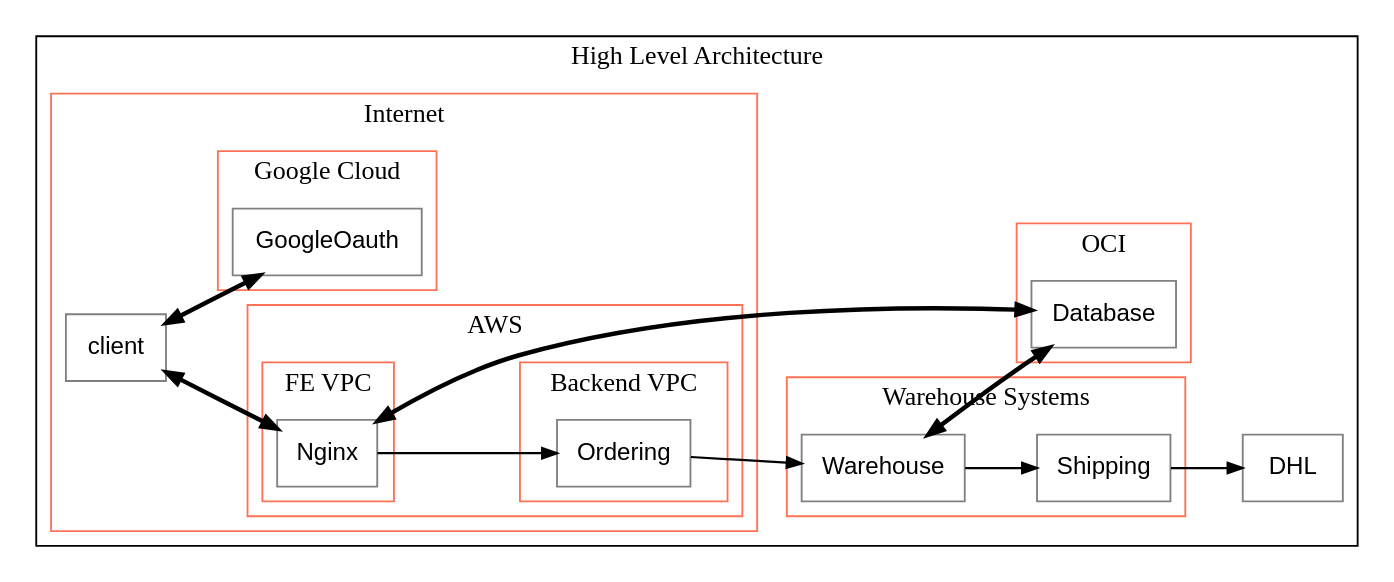
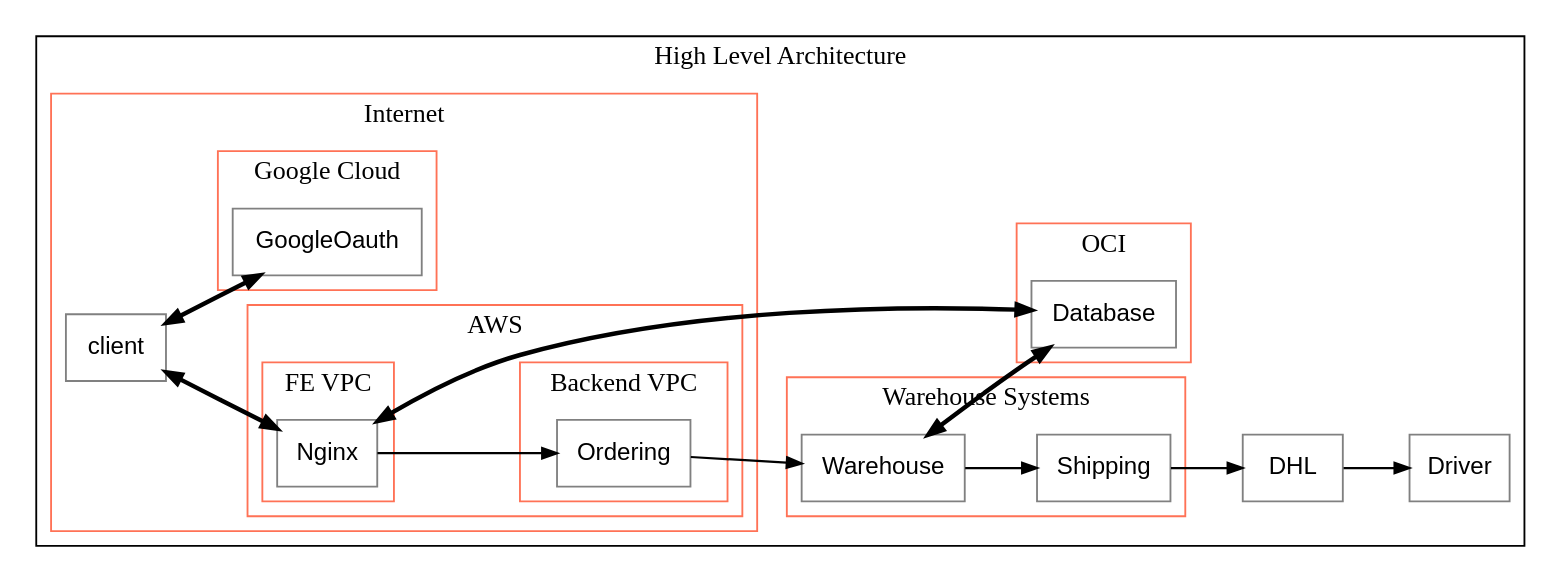
Before and after one commit to hyakuhei/ltm: the diagram in examples/output/High Level Architecture.dot, drawn with Graphviz. The commit also changed 11 other files, not shown here.

```diff
--- a/examples/output/High Level Architecture.dot
+++ b/examples/output/High Level Architecture.dot
@@ -1,60 +1,62 @@
 digraph G {
 compound=true;
 rankdir="LR";
     subgraph cluster1 {
     rankdir="TB";
     label="High Level Architecture";
     color="Black";
         node16 [label="DHL" shape="box", margin="0.1", color="Grey", fontsize="13", fontname="Helvetica"];
+        node17 [label="Driver" shape="box", margin="0.1", color="Grey", fontsize="13", fontname="Helvetica"];
         subgraph cluster2 {
         rankdir="TB";
         label="Internet";
         color="Coral1";
             node6 [label="client" shape="box", margin="0.1", color="Grey", fontsize="13", fontname="Helvetica"];
             subgraph cluster3 {
             rankdir="TB";
             label="AWS";
             color="Coral1";
                 subgraph cluster4 {
                 rankdir="TB";
                 label="FE VPC";
                 color="Coral1";
                     node5 [label="Nginx" shape="box", margin="0.1", color="Grey", fontsize="13", fontname="Helvetica"];
                 }
                 subgraph cluster11 {
                 rankdir="TB";
                 label="Backend VPC";
                 color="Coral1";
                     node12 [label="Ordering" shape="box", margin="0.1", color="Grey", fontsize="13", fontname="Helvetica"];
                 }
             }
             subgraph cluster9 {
             rankdir="TB";
             label="Google Cloud";
             color="Coral1";
                 node10 [label="GoogleOauth" shape="box", margin="0.1", color="Grey", fontsize="13", fontname="Helvetica"];
             }
         }
         subgraph cluster7 {
         rankdir="TB";
         label="OCI";
         color="Coral1";
             node8 [label="Database" shape="box", margin="0.1", color="Grey", fontsize="13", fontname="Helvetica"];
         }
         subgraph cluster13 {
         rankdir="TB";
         label="Warehouse Systems";
         color="Coral1";
             node14 [label="Warehouse" shape="box", margin="0.1", color="Grey", fontsize="13", fontname="Helvetica"];
             node15 [label="Shipping" shape="box", margin="0.1", color="Grey", fontsize="13", fontname="Helvetica"];
         }
     }
 node6->node5 [label="" dir=both, fontsize="10", penwidth="2.4", arrowsize="0.8"];
 node5->node8 [label="" dir=both, fontsize="10", penwidth="2.4", arrowsize="0.8"];
 node6->node10 [label="" dir=both, fontsize="10", penwidth="2.4", arrowsize="0.8"];
 node5->node12 [label="" fontsize="10", penwidth="1.2", arrowsize="0.8"];
 node12->node14 [label="" fontsize="10", penwidth="1.2", arrowsize="0.8"];
 node14->node8 [label="" dir=both, fontsize="10", penwidth="2.4", arrowsize="0.8"];
 node14->node15 [label="" fontsize="10", penwidth="1.2", arrowsize="0.8"];
 node15->node16 [label="" fontsize="10", penwidth="1.2", arrowsize="0.8"];
+node16->node17 [label="" fontsize="10", penwidth="1.2", arrowsize="0.8"];
 }
```
